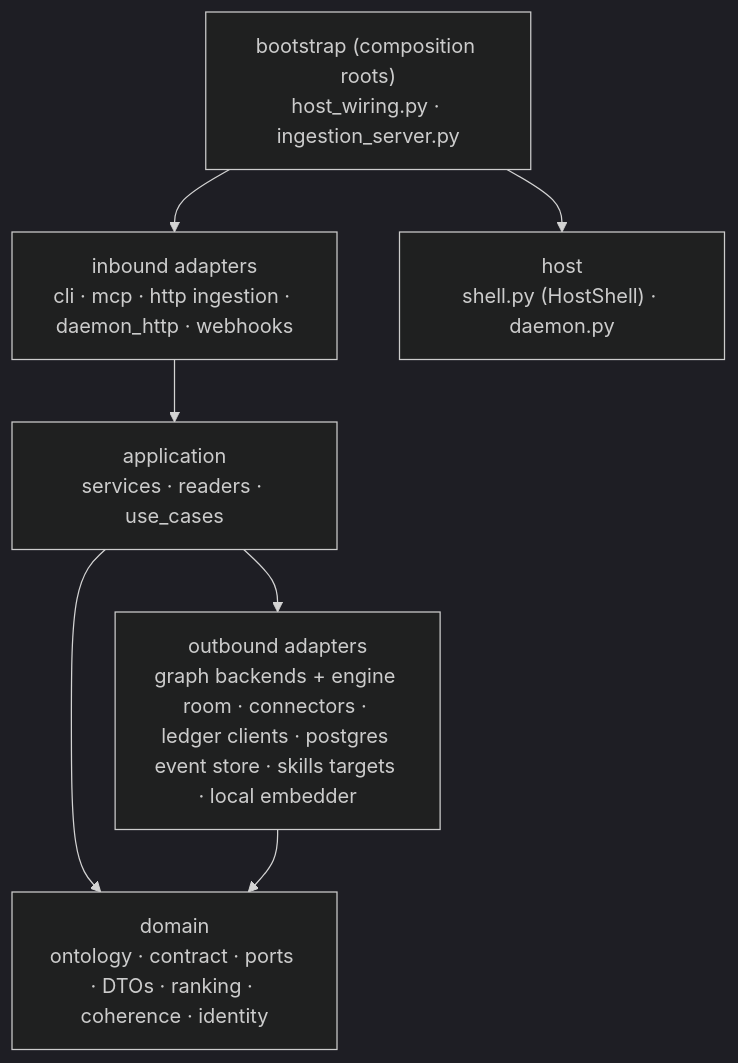
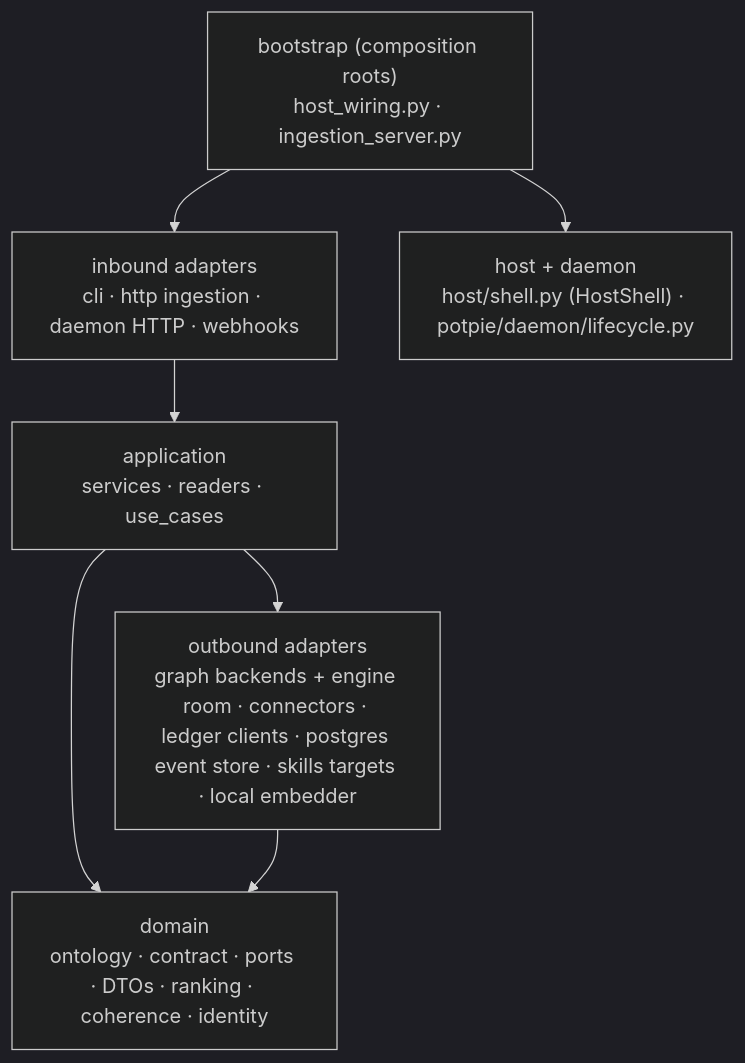
The first of 5 diagrams in docs/context-graph/architecture.md (potpie-ai/potpie), drawn with Mermaid (dark theme) before and after one commit. The commit also changed other lines of this file and 191 other files, not shown here.

First line of the commit message:
refactor(daemon): move daemon into root package and remove MCP (#1019)

````diff
--- a/docs/context-graph/architecture.md
+++ b/docs/context-graph/architecture.md
@@ -27,16 +27,16 @@
 ```mermaid
 flowchart TB
-  cg_inbound["inbound adapters<br/>cli · mcp · http ingestion · daemon_http · webhooks"]
+  cg_inbound["inbound adapters<br/>cli · http ingestion · daemon HTTP · webhooks"]
   cg_app["application<br/>services · readers · use_cases"]
   cg_domain["domain<br/>ontology · contract · ports · DTOs · ranking · coherence · identity"]
   cg_outbound["outbound adapters<br/>graph backends + engine room · connectors · ledger clients · postgres event store · skills targets · local embedder"]
   cg_boot["bootstrap (composition roots)<br/>host_wiring.py · ingestion_server.py"]
-  cg_host["host<br/>shell.py (HostShell) · daemon.py"]
+  cg_host["host + daemon<br/>host/shell.py (HostShell) · potpie/daemon/lifecycle.py"]
 
   cg_boot --> cg_host
   cg_boot --> cg_inbound
   cg_inbound --> cg_app
   cg_app --> cg_domain
   cg_app --> cg_outbound
   cg_outbound --> cg_domain
 ```
````
